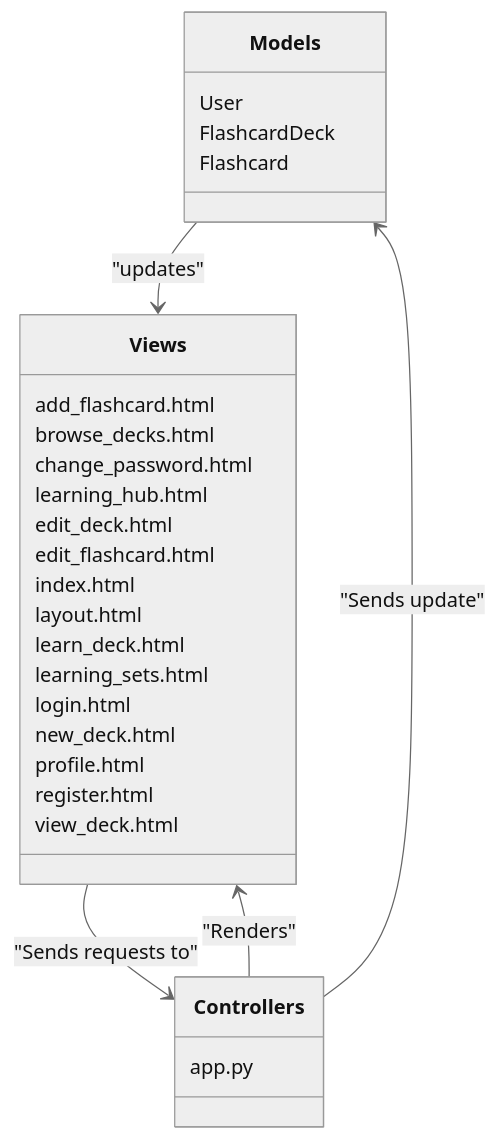
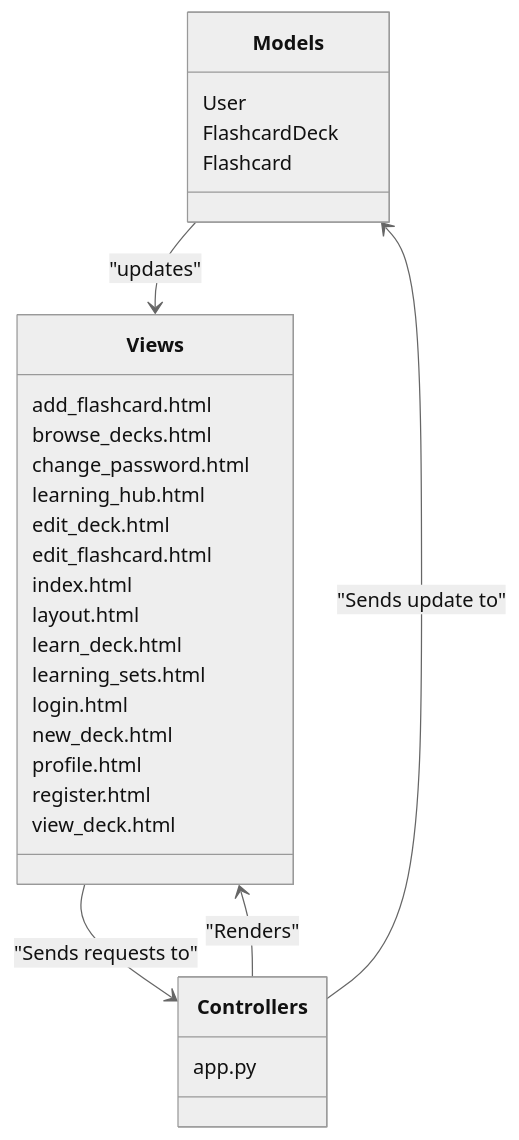
Before and after one commit to nadir-tabouni/Lumen: the first of 4 diagrams in docs/technical-docs/architecture.md, drawn with Mermaid (neutral theme). The commit also changed other lines of this file and 6 other files, not shown here.

````diff
--- a/docs/technical-docs/architecture.md
+++ b/docs/technical-docs/architecture.md
@@ -48,35 +48,35 @@
 ```mermaid
 classDiagram
 class Models {
 User
 FlashcardDeck
 Flashcard
 }
 
     class Views {
         add_flashcard.html
         browse_decks.html
         change_password.html
         learning_hub.html
         edit_deck.html
         edit_flashcard.html
         index.html 
         layout.html
         learn_deck.html
         learning_sets.html
         login.html 
         new_deck.html
         profile.html 
         register.html
         view_deck.html
     }
 
     class Controllers {
         app.py
     }
 
     Models --> Views : "updates"
     Controllers --> Views : "Renders"
-    Controllers --> Models : "Sends update"
+    Controllers --> Models : "Sends update to"
     Views --> Controllers : "Sends requests to"
 ```
````
